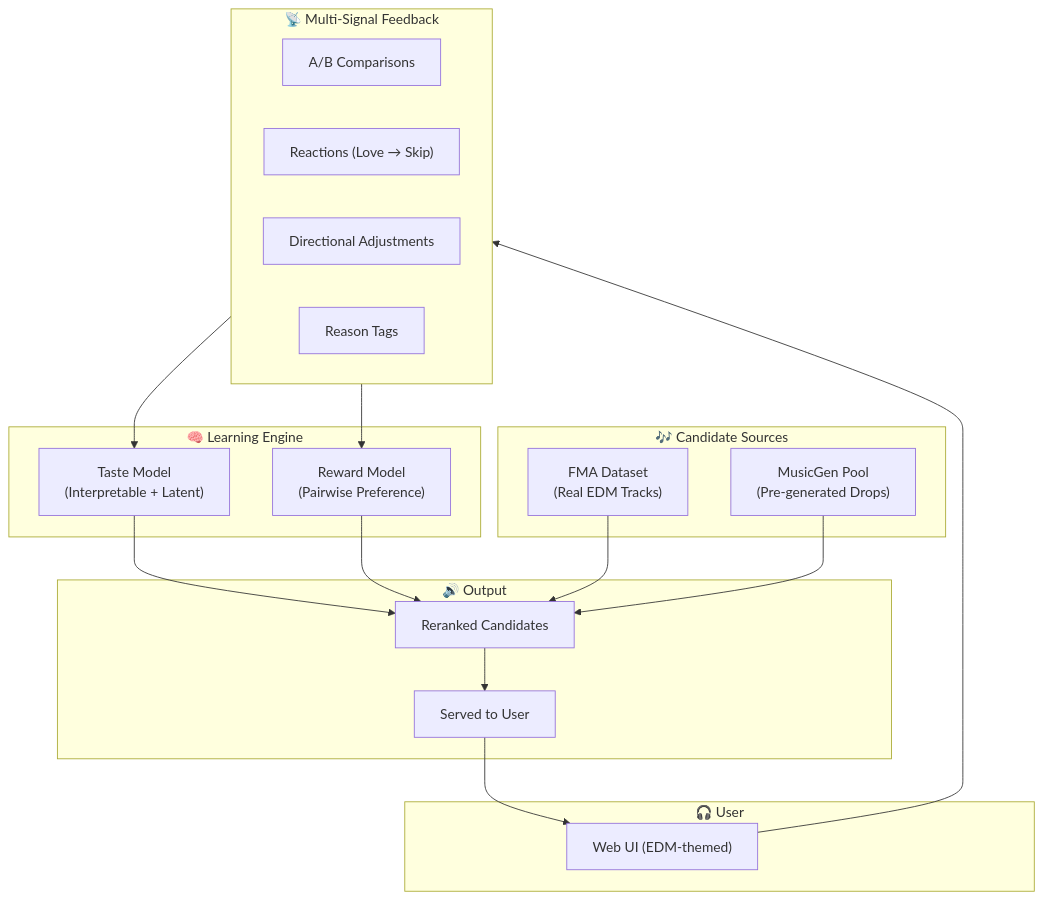
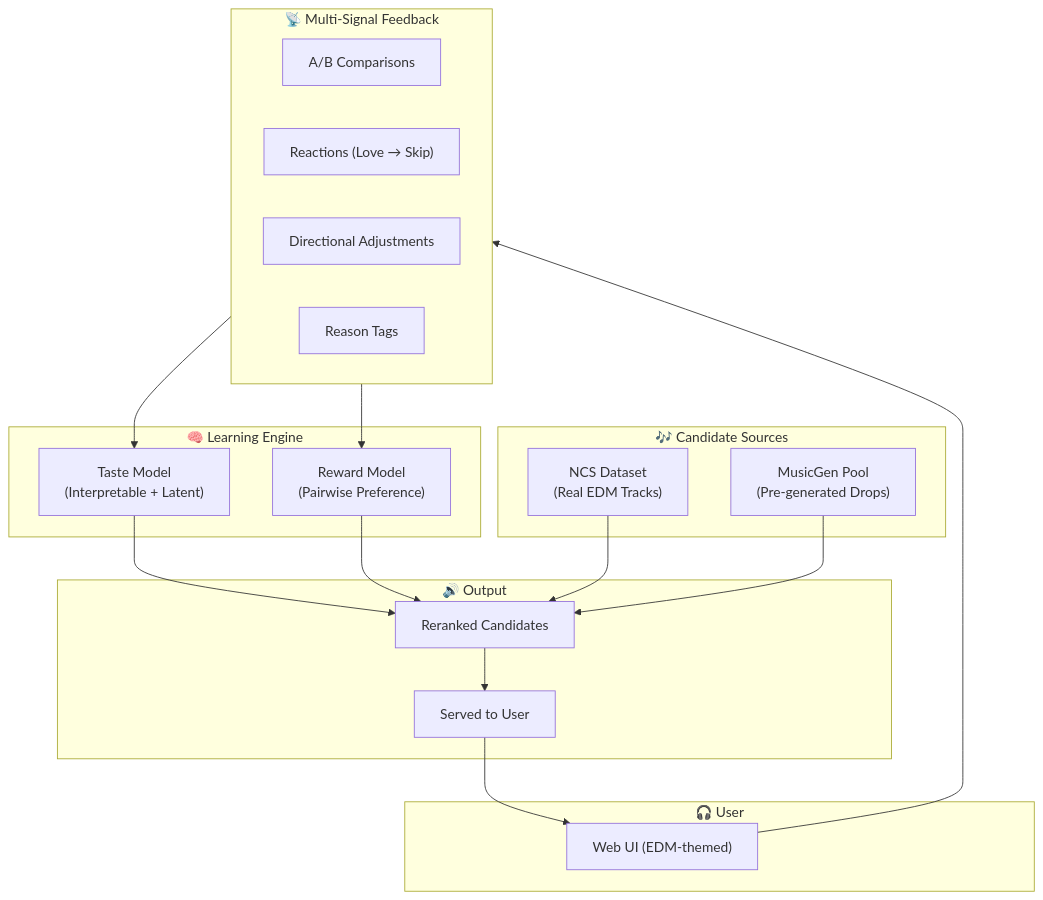
One commit to ldendro/riddim changed the first of 7 diagrams in docs/system_design.md. Above: the diagram before and after it, drawn with Mermaid. The commit also changed other lines of this file and 49 other files, not shown here.

````diff
--- a/docs/system_design.md
+++ b/docs/system_design.md
@@ -43,38 +43,38 @@
 ```mermaid
 flowchart TD
     subgraph User["🎧 User"]
         UI["Web UI (EDM-themed)"]
     end
 
     subgraph Feedback["📡 Multi-Signal Feedback"]
         AB["A/B Comparisons"]
         React["Reactions (Love → Skip)"]
         Sliders["Directional Adjustments"]
         Tags["Reason Tags"]
     end
 
     subgraph Learning["🧠 Learning Engine"]
         TM["Taste Model<br/>(Interpretable + Latent)"]
         RM["Reward Model<br/>(Pairwise Preference)"]
     end
 
     subgraph Sources["🎶 Candidate Sources"]
-        FMA["FMA Dataset<br/>(Real EDM Tracks)"]
+        NCS["NCS Dataset<br/>(Real EDM Tracks)"]
         MG["MusicGen Pool<br/>(Pre-generated Drops)"]
     end
 
     subgraph Output["🔊 Output"]
         Rank["Reranked Candidates"]
         Serve["Served to User"]
     end
 
     UI --> Feedback
     Feedback --> TM
     Feedback --> RM
     TM --> Rank
     RM --> Rank
-    FMA --> Rank
+    NCS --> Rank
     MG --> Rank
     Rank --> Serve
     Serve --> UI
 ```
````
